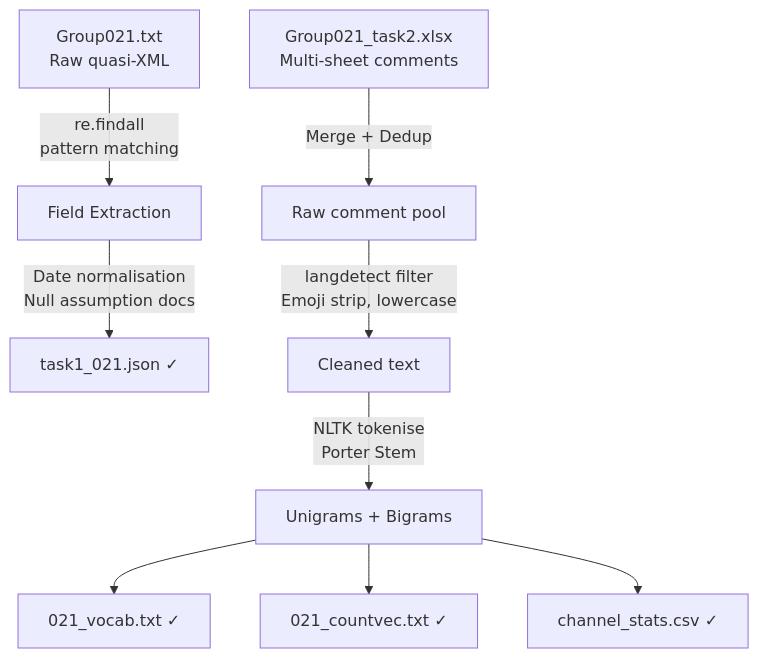
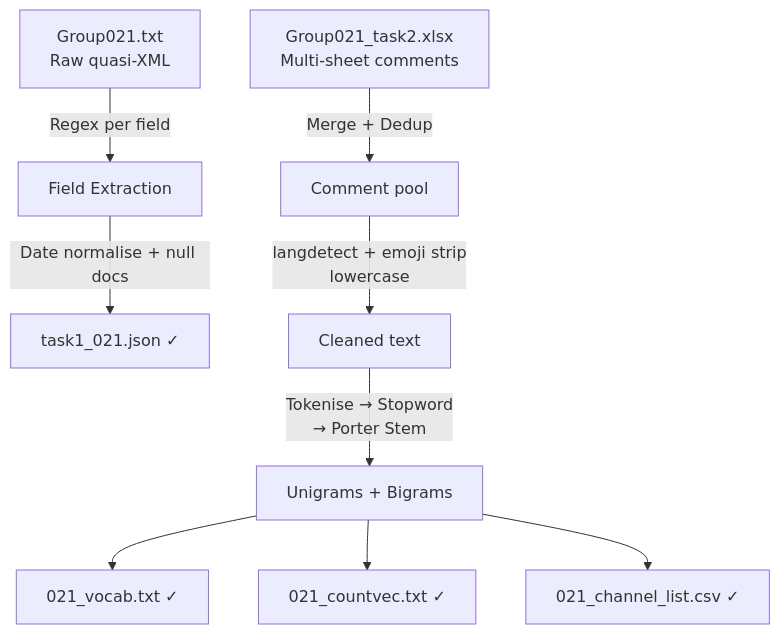
The diagram in data-wrangling/README_v2.md (huypa/Portfolio), drawn with Mermaid before and after one commit. The commit also changed other lines of this file and 1 other file, not shown here.

Commit message:
rewrite data-wrangling READMEs per updated instruction (numbered headers, deliverables block, v1/v2)

````diff
--- a/data-wrangling/README_v2.md
+++ b/data-wrangling/README_v2.md
@@ -25,12 +29,12 @@
 ```mermaid
 flowchart TD
-    A[Group021.txt\nRaw quasi-XML] -->|re.findall\npattern matching| B[Field Extraction]
-    B -->|Date normalisation\nNull assumption docs| C[task1_021.json ✓]
+    A[Group021.txt\nRaw quasi-XML] -->|Regex per field| B[Field Extraction]
+    B -->|Date normalise + null docs| C[task1_021.json ✓]
 
-    D[Group021_task2.xlsx\nMulti-sheet comments] -->|Merge + Dedup| E[Raw comment pool]
-    E -->|langdetect filter\nEmoji strip, lowercase| F[Cleaned text]
-    F -->|NLTK tokenise\nPorter Stem| G[Unigrams + Bigrams]
+    D[Group021_task2.xlsx\nMulti-sheet comments] -->|Merge + Dedup| E[Comment pool]
+    E -->|langdetect + emoji strip\nlowercase| F[Cleaned text]
+    F -->|Tokenise → Stopword\n→ Porter Stem| G[Unigrams + Bigrams]
     G --> H1[021_vocab.txt ✓]
     G --> H2[021_countvec.txt ✓]
-    G --> H3[channel_stats.csv ✓]
+    G --> H3[021_channel_list.csv ✓]
 ```
````
